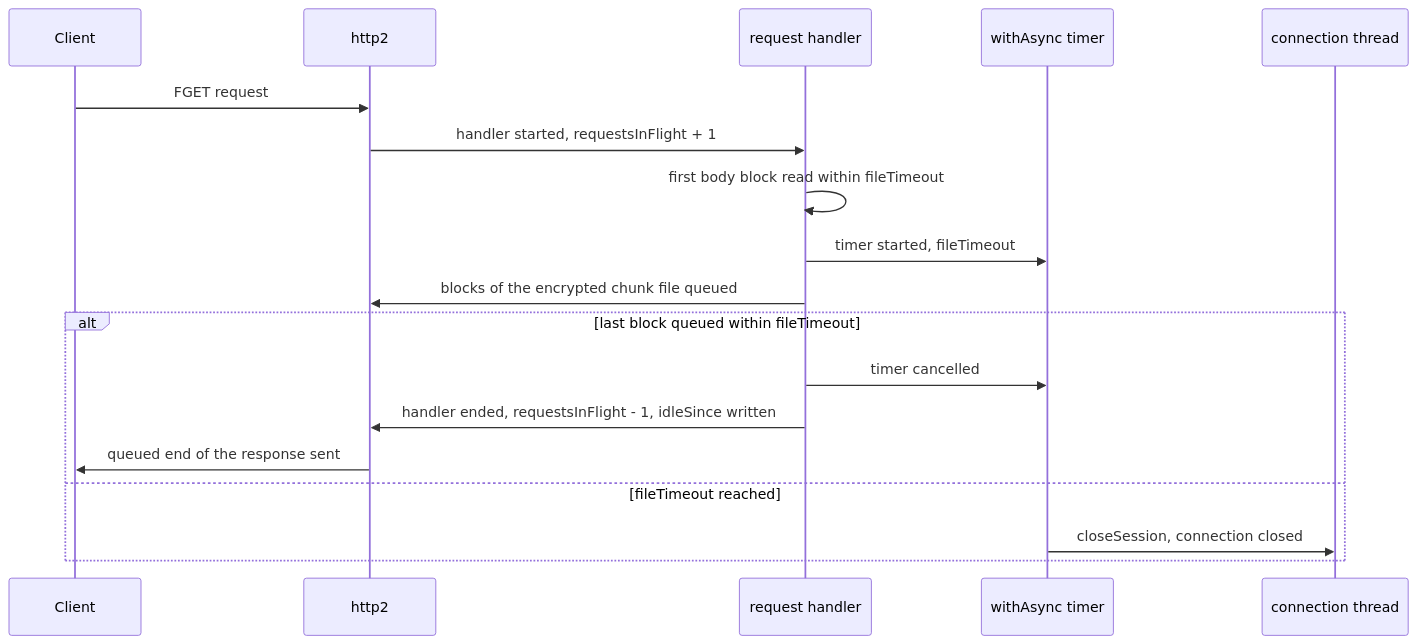
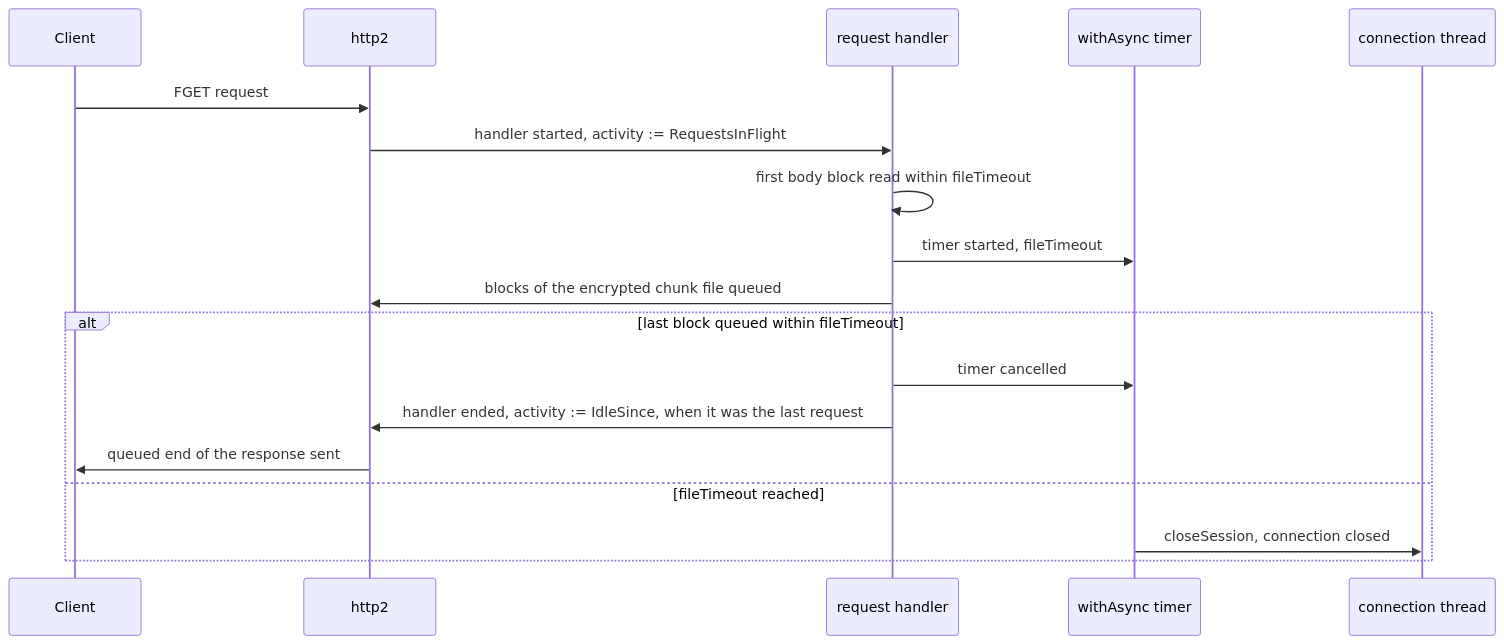
One commit to simplex-chat/simplexmq changed the fourth of 16 diagrams in plans/2026-11-19-xftp-stalled-connections.md. Above: the diagram before and after it, drawn with Mermaid. The commit also changed other lines of this file, not shown here.

````diff
--- a/plans/2026-11-19-xftp-stalled-connections.md
+++ b/plans/2026-11-19-xftp-stalled-connections.md
@@ -255,20 +256,20 @@
 ```mermaid
 sequenceDiagram
     participant C as Client
     participant H as http2
     participant X as request handler
     participant W as withAsync timer
     participant S as connection thread
     C->>H: FGET request
-    H->>X: handler started, requestsInFlight + 1
+    H->>X: handler started, activity := RequestsInFlight
     X->>X: first body block read within fileTimeout
     X->>W: timer started, fileTimeout
     X->>H: blocks of the encrypted chunk file queued
     alt last block queued within fileTimeout
         X->>W: timer cancelled
-        X->>H: handler ended, requestsInFlight - 1, idleSince written
+        X->>H: handler ended, activity := IdleSince, when it was the last request
         H->>C: queued end of the response sent
     else fileTimeout reached
         W->>S: closeSession, connection closed
     end
 ```
````
